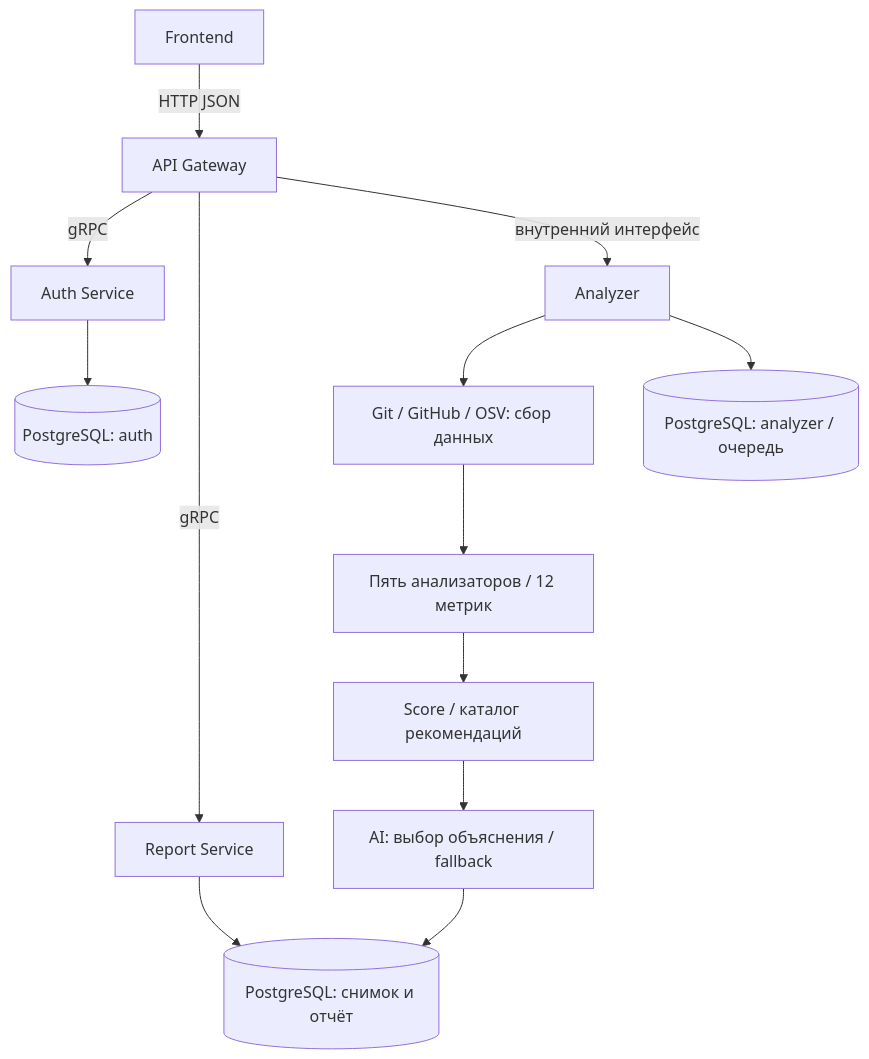
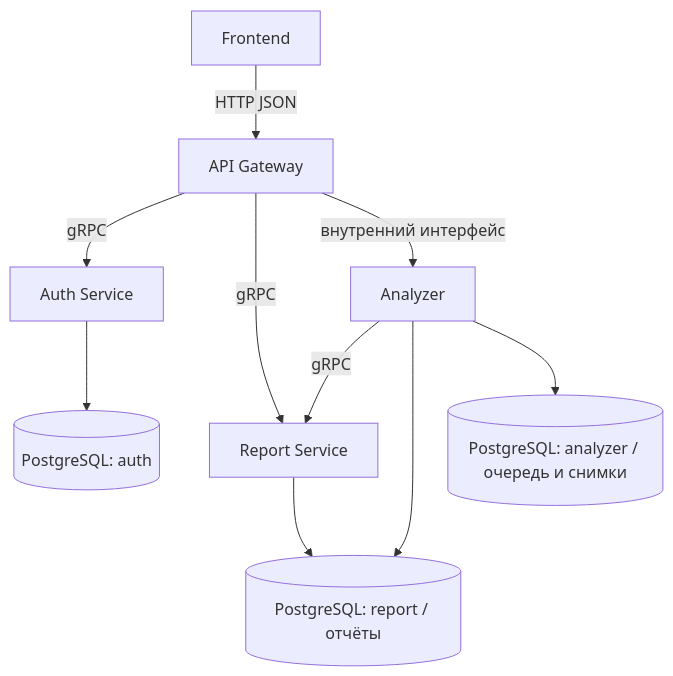
Before and after one commit to F1ameX/RepoPulse: the diagram in docs/architecture/diagrams/components.md, drawn with Mermaid. The commit also changed other lines of this file and 6 other files, not shown here.

````diff
--- a/docs/architecture/diagrams/components.md
+++ b/docs/architecture/diagrams/components.md
@@ -5,15 +5,12 @@
 ```mermaid
 flowchart TD
     Frontend[Frontend] -->|HTTP JSON| ApiGateway[API Gateway]
     ApiGateway -->|gRPC| AuthService[Auth Service]
     ApiGateway -->|gRPC| ReportService[Report Service]
     ApiGateway -->|внутренний интерфейс| Analyzer[Analyzer]
-    Analyzer --> Collection[Git / GitHub / OSV: сбор данных]
-    Collection --> MetricAnalyzers[Пять анализаторов / 12 метрик]
-    MetricAnalyzers --> Scoring[Score / каталог рекомендаций]
-    Scoring --> Explanation[AI: выбор объяснения / fallback]
-    Explanation --> ReportStorage[(PostgreSQL: снимок и отчёт)]
+    Analyzer -->|gRPC| ReportService
+    Analyzer --> ReportStorage[(PostgreSQL: report / отчёты)]
     AuthService --> AuthStorage[(PostgreSQL: auth)]
     ReportService --> ReportStorage
-    Analyzer --> AnalyzerStorage[(PostgreSQL: analyzer / очередь)]
+    Analyzer --> AnalyzerStorage[(PostgreSQL: analyzer / очередь и снимки)]
 ```
````
